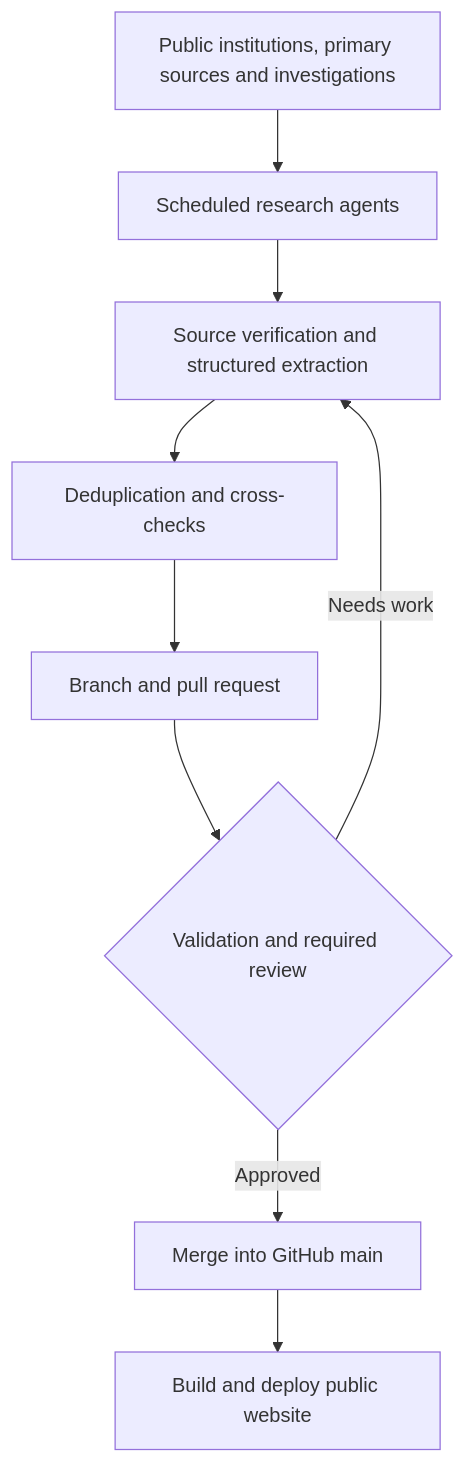
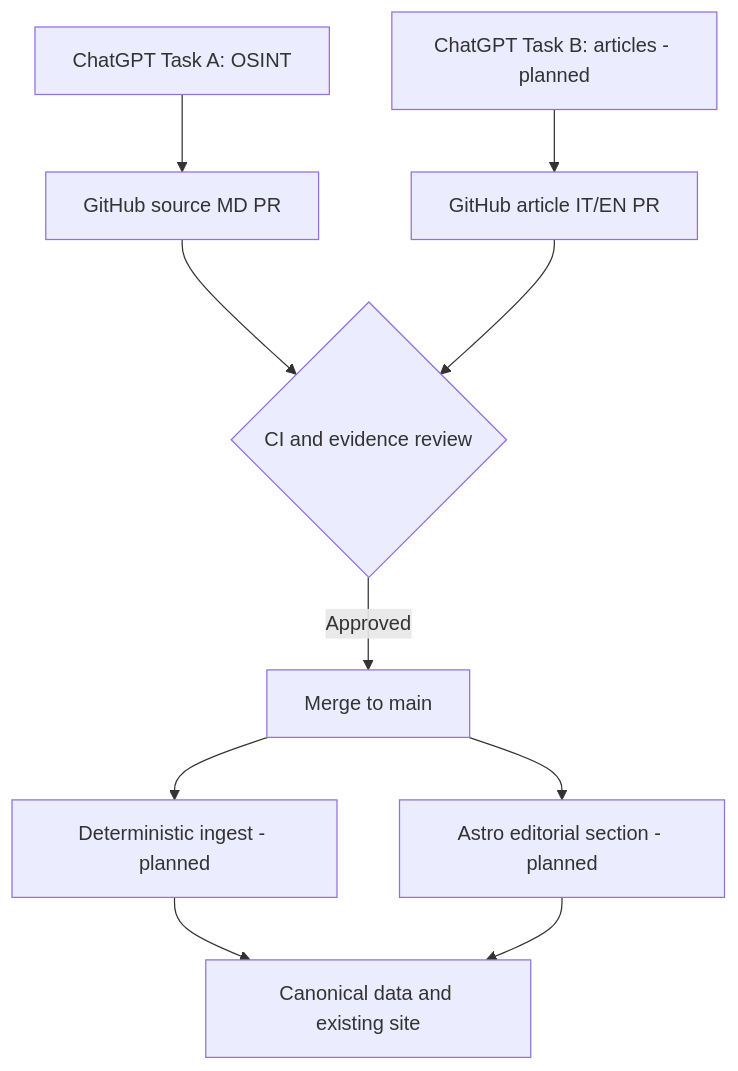
One commit to amattis96/our-enemies-monitor changed the diagram in README.md. Above: the diagram before and after it, drawn with Mermaid. The commit also changed other lines of this file and 5 other files, not shown here.

Commit message:
docs(m6): document ChatGPT research tasks and retire Anthropic API workflow (#4)

````diff
--- a/README.md
+++ b/README.md
@@ -137,11 +162,12 @@
 ```mermaid
 flowchart TD
-    A[Public institutions, primary sources and investigations] --> B[Scheduled research agents]
-    B --> C[Source verification and structured extraction]
-    C --> D[Deduplication and cross-checks]
-    D --> E[Branch and pull request]
-    E --> F{Validation and required review}
-    F -->|Approved| G[Merge into GitHub main]
-    F -->|Needs work| C
-    G --> H[Build and deploy public website]
+    A[ChatGPT Task A: OSINT] --> C[GitHub source MD PR]
+    B[ChatGPT Task B: articles - planned] --> D[GitHub article IT/EN PR]
+    C --> E{CI and evidence review}
+    D --> E
+    E -->|Approved| F[Merge to main]
+    F --> G[Deterministic ingest - planned]
+    F --> H[Astro editorial section - planned]
+    G --> I[Canonical data and existing site]
+    H --> I
 ```
````
